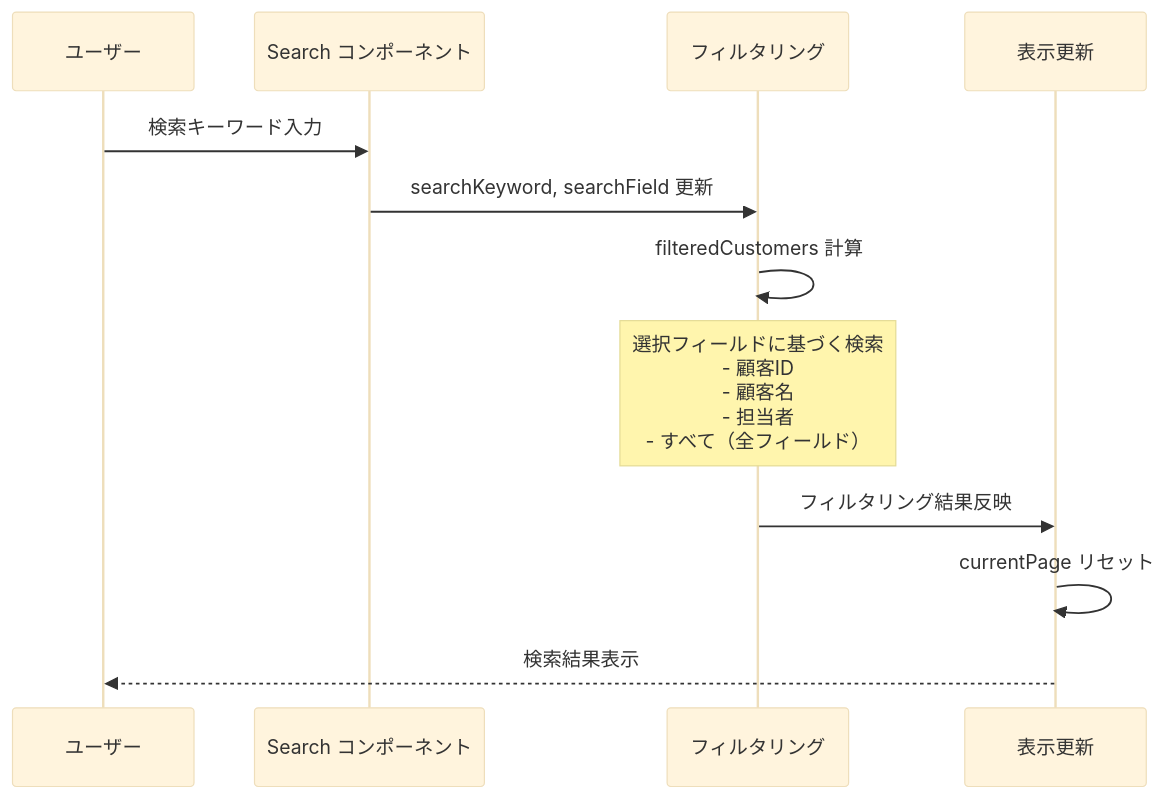
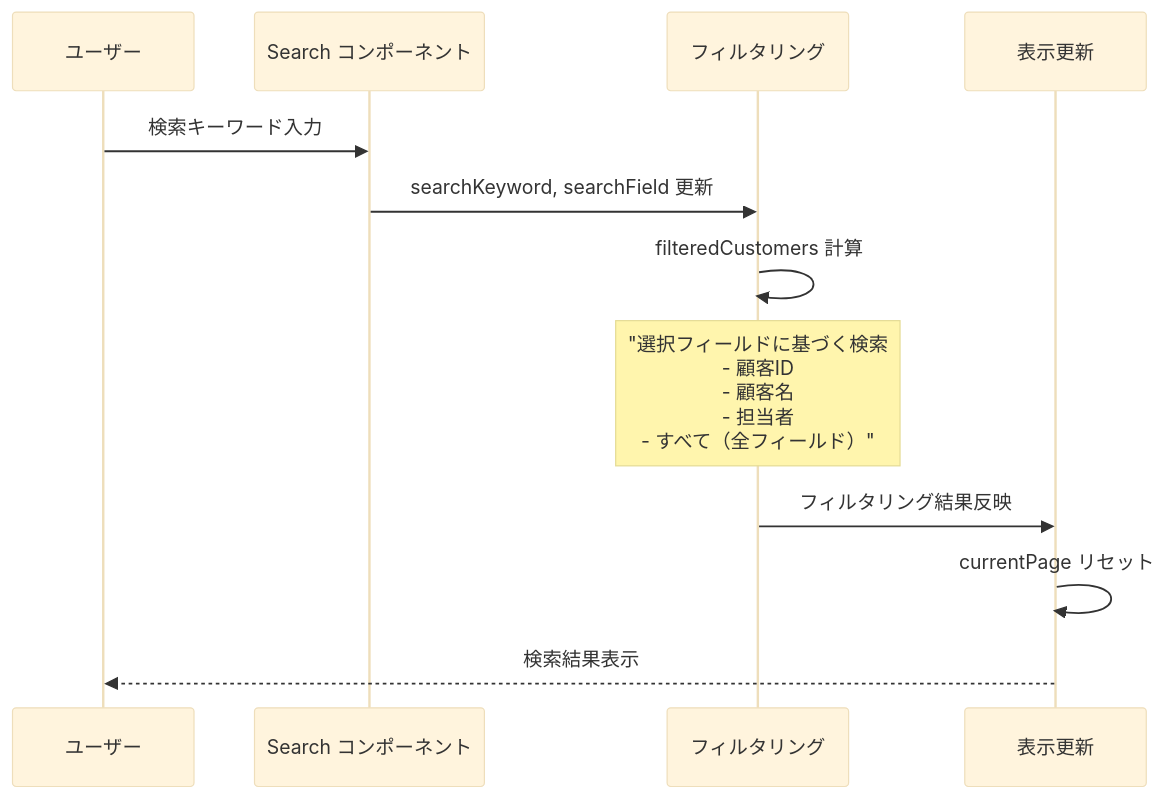
One commit to wasabi49/ocs-systemDevelopmentExercises changed the second of 11 diagrams in document/components/sequence/CustomerListClient.md. Above: the diagram before and after it, drawn with Mermaid (base theme). The commit also changed other lines of this file and 42 other files, not shown here.

First line of the commit message:
fix: mermaidシーケンス図のNote over文でダブルクォーテーション不足を修正

````diff
--- a/document/components/sequence/CustomerListClient.md
+++ b/document/components/sequence/CustomerListClient.md
@@ -28,17 +28,17 @@
 ```mermaid
 sequenceDiagram
     participant User as ユーザー
     participant Search as Search コンポーネント
     participant Filter as フィルタリング
     participant Display as 表示更新
 
     User->>Search: 検索キーワード入力
     Search->>Filter: searchKeyword, searchField 更新
     
     Filter->>Filter: filteredCustomers 計算
-    Note over Filter: 選択フィールドに基づく検索<br/>- 顧客ID<br/>- 顧客名<br/>- 担当者<br/>- すべて（全フィールド）
+    Note over Filter: "選択フィールドに基づく検索<br/>- 顧客ID<br/>- 顧客名<br/>- 担当者<br/>- すべて（全フィールド）"
     
     Filter->>Display: フィルタリング結果反映
     Display->>Display: currentPage リセット
     Display-->>User: 検索結果表示
 ```
````
